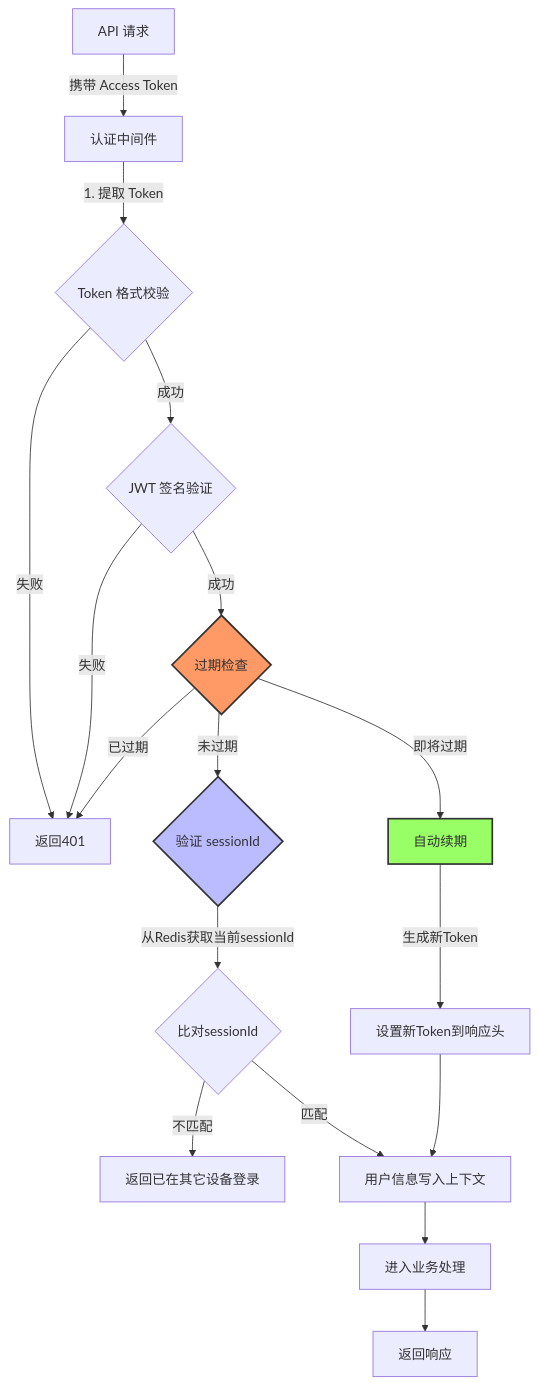
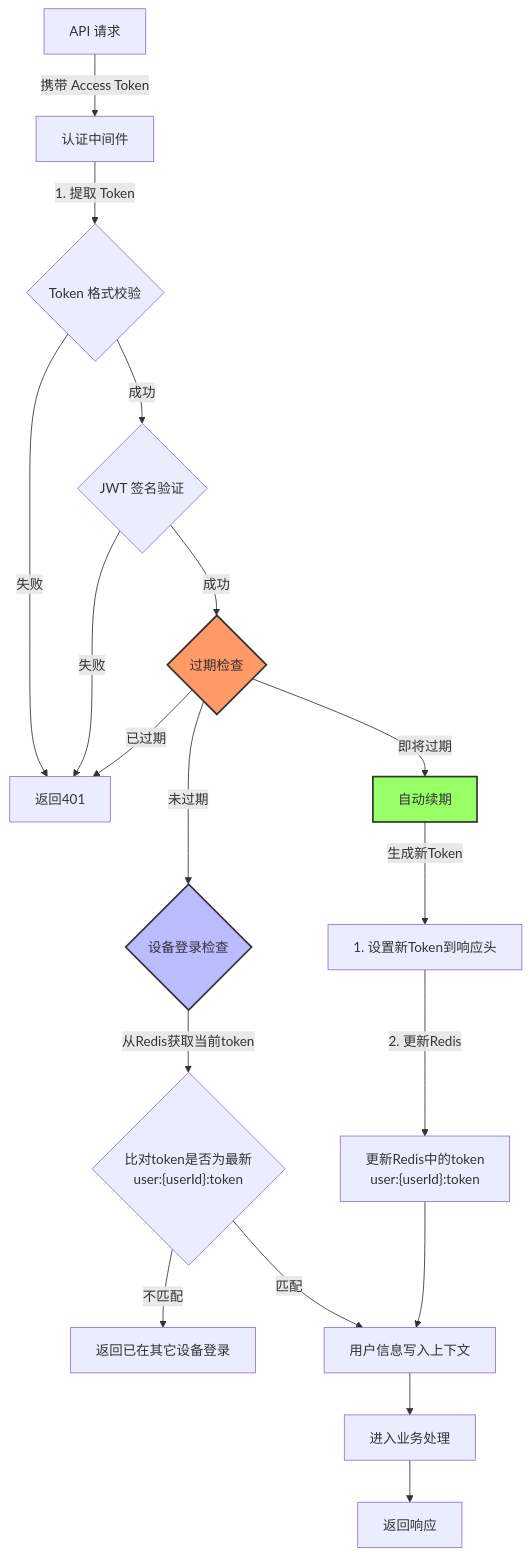
Before and after one commit to yingjianzh/iodraw-files: the diagram in all/未命名-15.md, drawn with Mermaid.

Commit message:
2025-01-03 09:55:09 update

````diff
--- a/all/未命名-15.md
+++ b/all/未命名-15.md
@@ -1,31 +1,29 @@
 ```mermaid
-
 flowchart TD
-    
     A[API 请求] -->|携带 Access Token| B[认证中间件]
     B -->|1. 提取 Token| C{Token 格式校验}
     C -->|失败| D[返回401]
     C -->|成功| E{JWT 签名验证}
     E -->|失败| D
     E -->|成功| F{过期检查}
     
     F -->|已过期| D
     F -->|即将过期| G[自动续期]
-    F -->|未过期| H{验证 sessionId}
+    F -->|未过期| H{设备登录检查}
     
-    H -->|从Redis获取当前sessionId| I{比对sessionId}
+    H -->|从Redis获取当前token| I{"比对token是否为最新
+    user:{userId}:token"}
     I -->|不匹配| J[返回已在其它设备登录]
     I -->|匹配| K[用户信息写入上下文]
     K --> L[进入业务处理]
     L --> N[返回响应]
     
-    G -->|生成新Token| M[设置新Token到响应头]
-    M --> K
-
+    G -->|生成新Token| M[1. 设置新Token到响应头]
+    M -->|2. 更新Redis| O["更新Redis中的token
+    user:{userId}:token"]
+    O --> K
 
     style F fill:#f96,stroke:#333,stroke-width:2px
     style H fill:#bbf,stroke:#333,stroke-width:2px
     style G fill:#9f6,stroke:#333,stroke-width:2px
-
-
 ```
````
